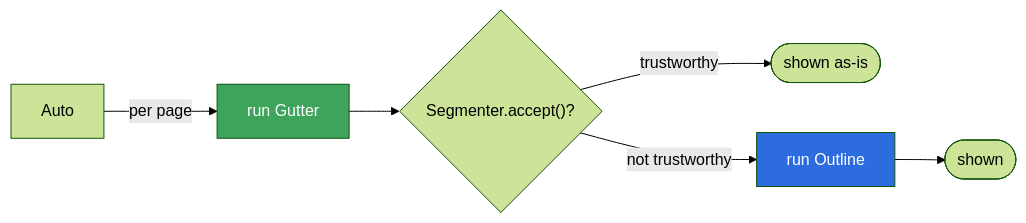
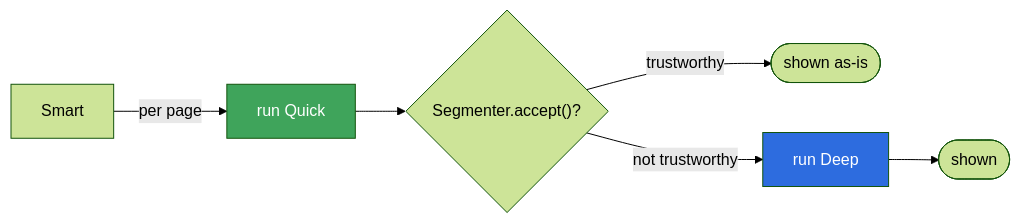
Before and after one commit to KristanLaimon/PanelsPlus: the diagram in docs/MODES.md, drawn with Mermaid (forest theme). The commit also changed other lines of this file and 7 other files, not shown here.

````diff
--- a/docs/MODES.md
+++ b/docs/MODES.md
@@ -72,11 +72,11 @@
 ```mermaid
 flowchart LR
-    A["Auto"] -->|per page| G["run Gutter"]
+    A["Smart"] -->|per page| G["run Quick"]
     G --> C{"Segmenter.accept()?"}
     C -->|trustworthy| DONE1(["shown as-is"])
-    C -->|not trustworthy| O["run Outline"]
+    C -->|not trustworthy| O["run Deep"]
     O --> DONE2(["shown"])
 
     style G fill:#3fa45b,color:#fff
     style O fill:#2d6cdf,color:#fff
 ```
````
